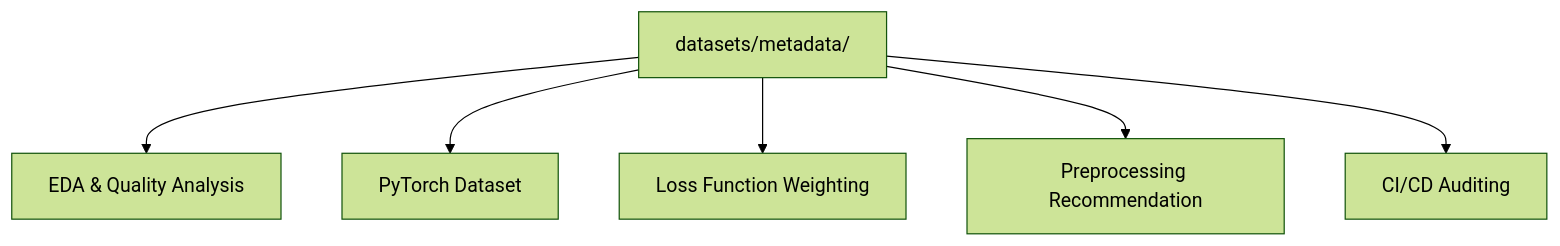
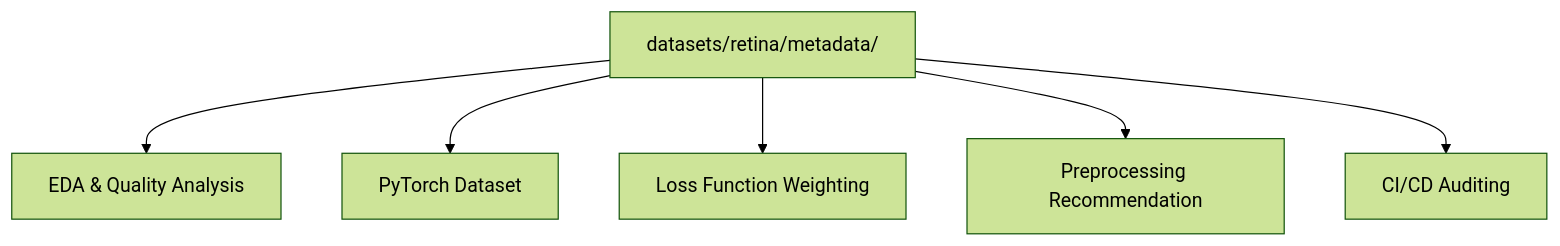
The third of 3 diagrams in research/retina/Volume_01_Dataset_Preparation/06_Metadata_Generation.md (Dr-Venom29/FusionMedAI), drawn with Mermaid (forest theme) before and after one commit. The commit also changed 172 other files, not shown here.

````diff
--- a/research/retina/Volume_01_Dataset_Preparation/06_Metadata_Generation.md
+++ b/research/retina/Volume_01_Dataset_Preparation/06_Metadata_Generation.md
@@ -101,9 +101,9 @@
 ```mermaid
 flowchart TD
-    Meta[datasets/metadata/]
+    Meta[datasets/retina/metadata/]
     Meta --> EDA[EDA & Quality Analysis]
     Meta --> DS[PyTorch Dataset]
     Meta --> Loss[Loss Function Weighting]
     Meta --> Pre[Preprocessing Recommendation]
     Meta --> CICD[CI/CD Auditing]
 ```
````
